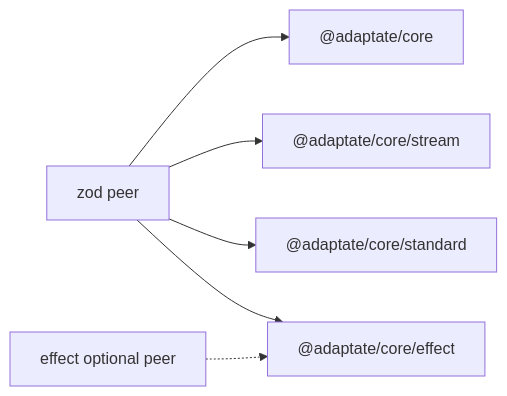
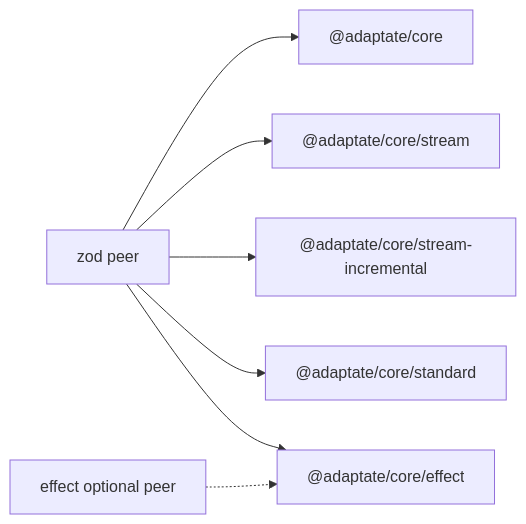
The diagram in docs/subpaths.md (p10ns11y/adaptate), drawn with Mermaid before and after one commit. The commit also changed other lines of this file and 55 other files, not shown here.

````diff
--- a/docs/subpaths.md
+++ b/docs/subpaths.md
@@ -10,8 +10,9 @@
 ```mermaid
 flowchart LR
   zod["zod peer"] --> core["@adaptate/core"]
   zod --> stream["@adaptate/core/stream"]
+  zod --> incremental["@adaptate/core/stream-incremental"]
   zod --> standard["@adaptate/core/standard"]
   zod --> effect["@adaptate/core/effect"]
   effectPeer["effect optional peer"] -.-> effect
 ```
````
